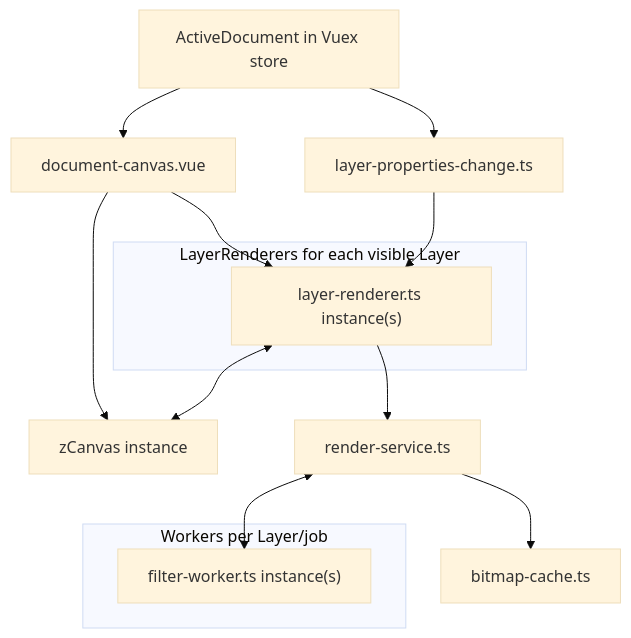
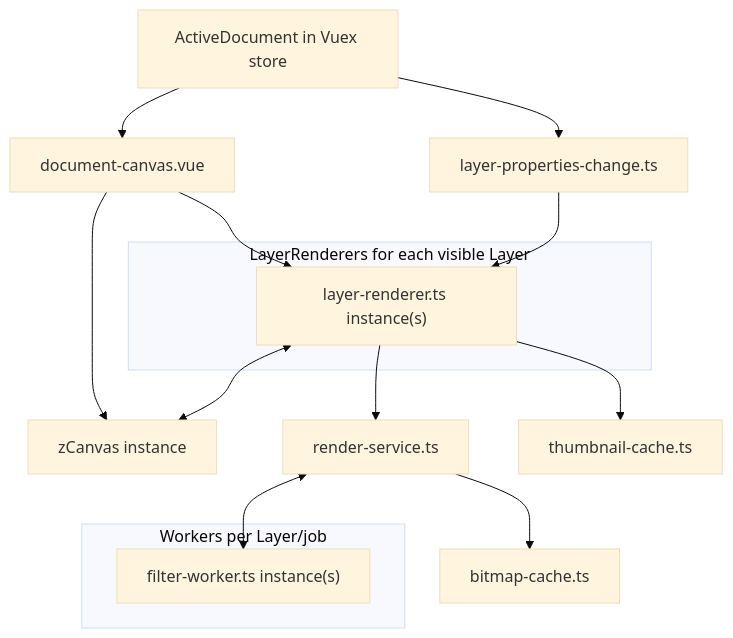
One commit to igorski/bitmappery changed the first of 2 diagrams in README.md. Above: the diagram before and after it, drawn with Mermaid (base theme). The commit also changed other lines of this file and 1 other file, not shown here.

````diff
--- a/README.md
+++ b/README.md
@@ -87,27 +87,29 @@
 ```mermaid
 flowchart TD
     ActiveDocument[ActiveDocument in Vuex store]
     DocumentCanvas[document-canvas.vue]
     zCanvas[zCanvas instance]
     RenderService[render-service.ts]
     BitmapCache[bitmap-cache.ts]
+    ThumbnailCache[thumbnail-cache.ts]
     onLayerPropertiesChange[layer-properties-change.ts]
 
     subgraph LayerRenderers [LayerRenderers for each visible Layer]
         LayerRenderer["layer-renderer.ts instance(s)"]
     end
 
     subgraph FilterWorkers [Workers per Layer/job]
         FilterWorker["filter-worker.ts instance(s)"]
     end
 
     ActiveDocument --> DocumentCanvas
     ActiveDocument --> onLayerPropertiesChange
     DocumentCanvas --> zCanvas
     DocumentCanvas --> LayerRenderer
     LayerRenderer <--> zCanvas
     LayerRenderer --> RenderService
+    LayerRenderer --> ThumbnailCache
     RenderService --> BitmapCache
     RenderService <--> FilterWorker
     onLayerPropertiesChange --> LayerRenderer
 ```
````
